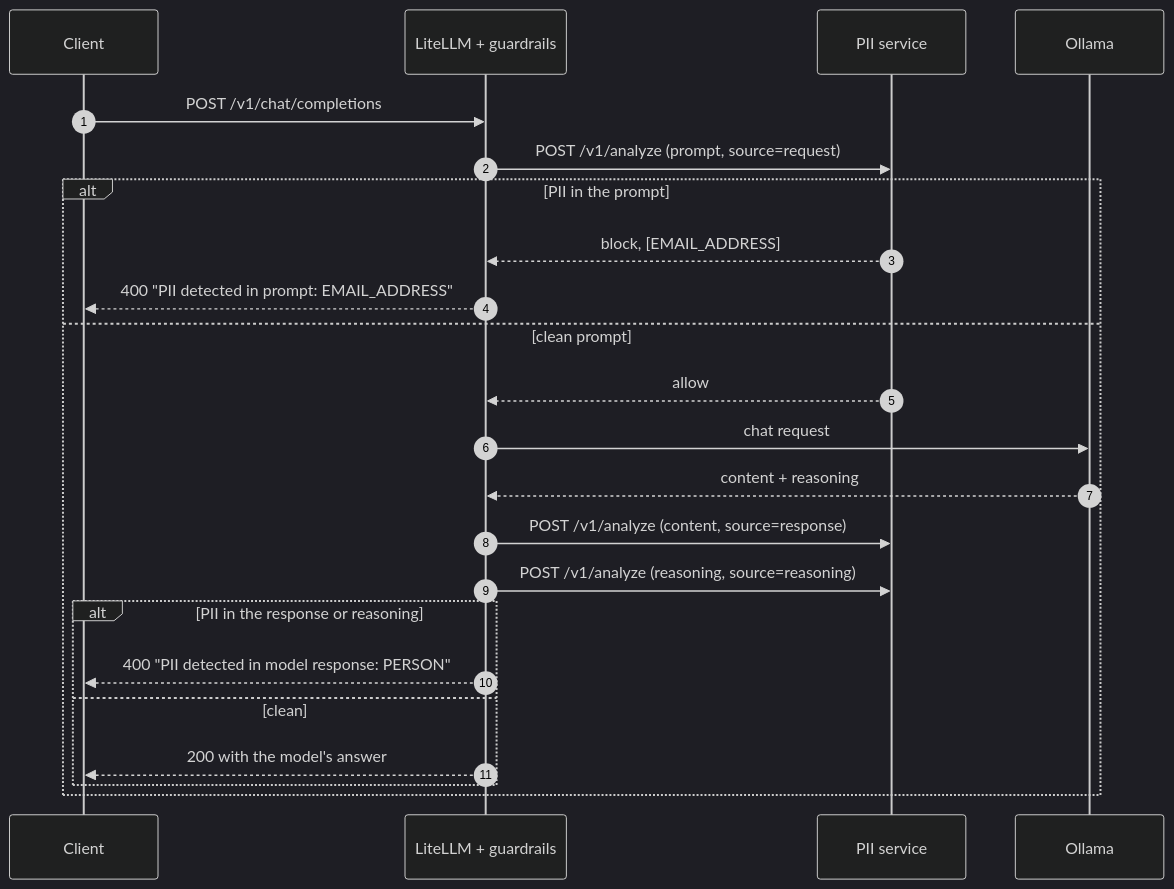
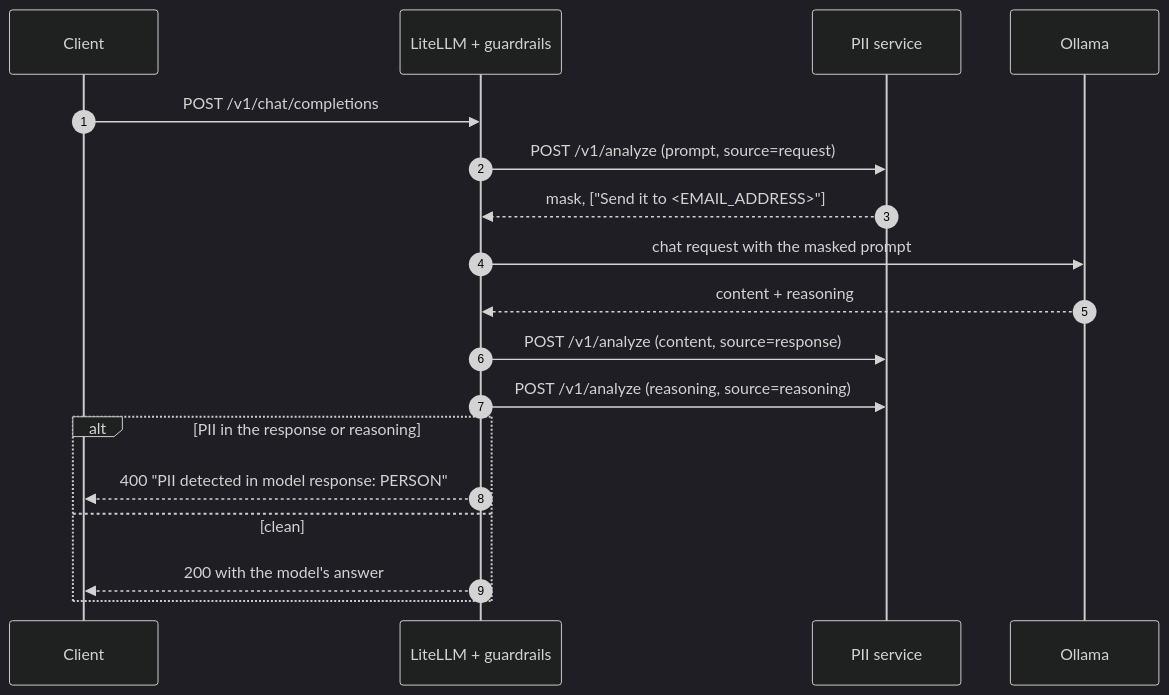
The second of 2 diagrams in docs/implementation.md (mshnjffr/litellm-guardrail), drawn with Mermaid (dark theme) before and after one commit. The commit also changed other lines of this file and 9 other files, not shown here.

First line of the commit message:
Mask PII in prompts instead of blocking them

````diff
--- a/docs/implementation.md
+++ b/docs/implementation.md
@@ -51,26 +52,21 @@
 ```mermaid
 sequenceDiagram
     autonumber
     participant C as Client
     participant L as LiteLLM + guardrails
     participant P as PII service
     participant O as Ollama
 
     C->>L: POST /v1/chat/completions
     L->>P: POST /v1/analyze (prompt, source=request)
-    alt PII in the prompt
-        P-->>L: block, [EMAIL_ADDRESS]
-        L-->>C: 400 "PII detected in prompt: EMAIL_ADDRESS"
-    else clean prompt
-        P-->>L: allow
-        L->>O: chat request
-        O-->>L: content + reasoning
-        L->>P: POST /v1/analyze (content, source=response)
-        L->>P: POST /v1/analyze (reasoning, source=reasoning)
-        alt PII in the response or reasoning
-            L-->>C: 400 "PII detected in model response: PERSON"
-        else clean
-            L-->>C: 200 with the model's answer
-        end
+    P-->>L: mask, ["Send it to <EMAIL_ADDRESS>"]
+    L->>O: chat request with the masked prompt
+    O-->>L: content + reasoning
+    L->>P: POST /v1/analyze (content, source=response)
+    L->>P: POST /v1/analyze (reasoning, source=reasoning)
+    alt PII in the response or reasoning
+        L-->>C: 400 "PII detected in model response: PERSON"
+    else clean
+        L-->>C: 200 with the model's answer
     end
 ```
````
